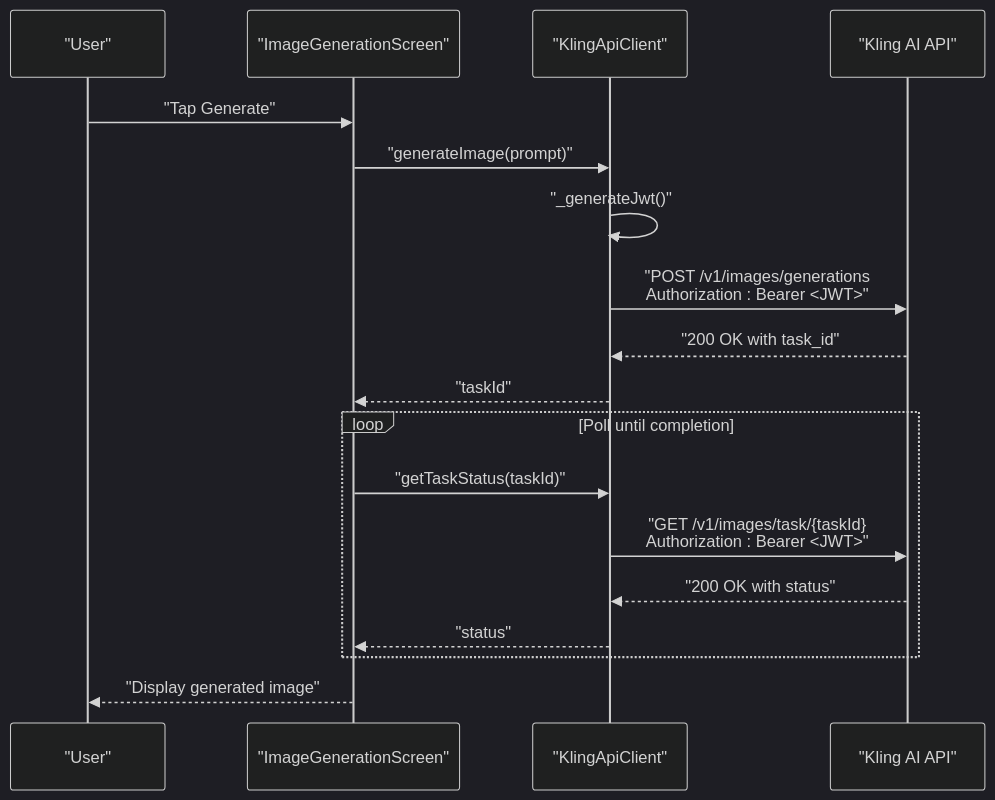
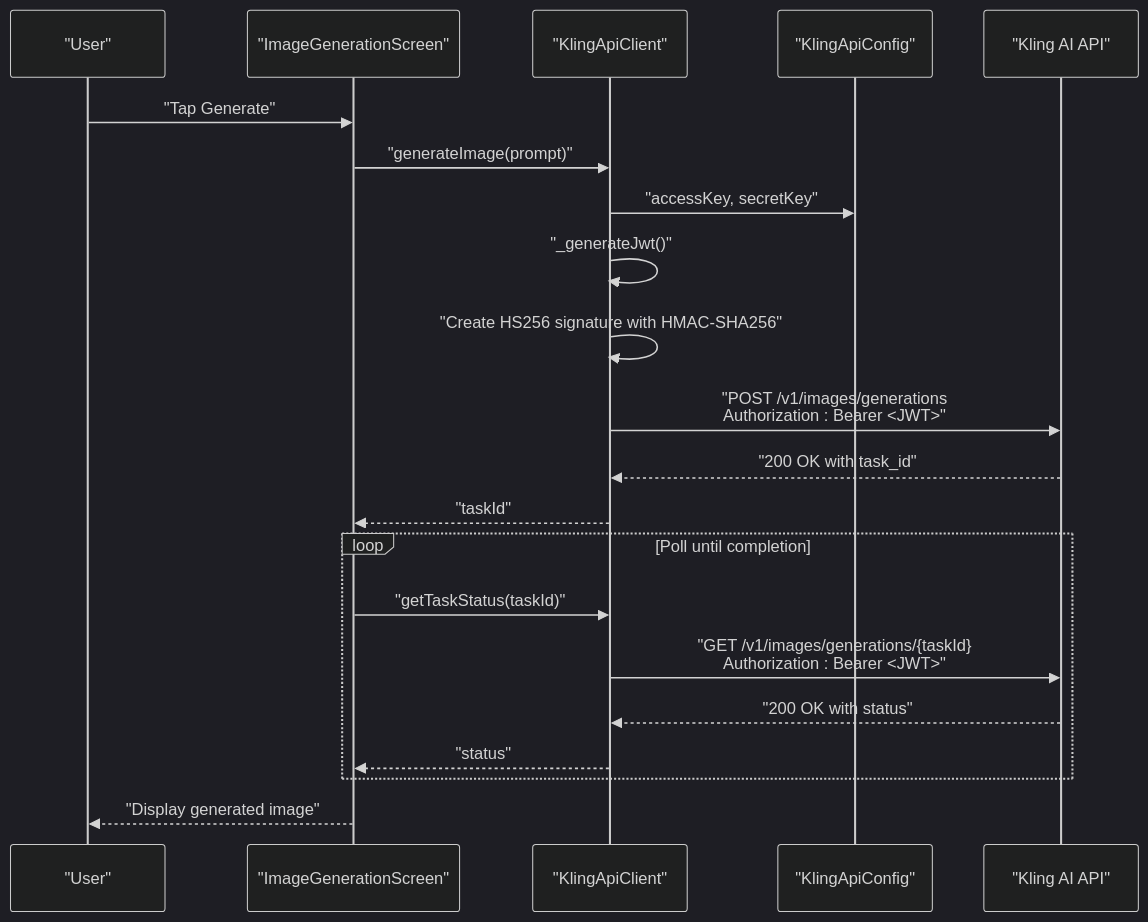
Before and after one commit to cripnail/kling_app: the second of 6 diagrams in .qoder/repowiki/en/content/Core Features/Authentication System.md, drawn with Mermaid (dark theme). The commit also changed other lines of this file and 15 other files, not shown here.

````diff
--- a/.qoder/repowiki/en/content/Core Features/Authentication System.md
+++ b/.qoder/repowiki/en/content/Core Features/Authentication System.md
@@ -72,20 +89,23 @@
 ```mermaid
 sequenceDiagram
 participant User as "User"
 participant Screen as "ImageGenerationScreen"
 participant Client as "KlingApiClient"
+participant Config as "KlingApiConfig"
 participant API as "Kling AI API"
 User->>Screen : "Tap Generate"
 Screen->>Client : "generateImage(prompt)"
+Client->>Config : "accessKey, secretKey"
 Client->>Client : "_generateJwt()"
+Client->>Client : "Create HS256 signature with HMAC-SHA256"
 Client->>API : "POST /v1/images/generations<br/>Authorization : Bearer <JWT>"
 API-->>Client : "200 OK with task_id"
 Client-->>Screen : "taskId"
 loop Poll until completion
 Screen->>Client : "getTaskStatus(taskId)"
-Client->>API : "GET /v1/images/task/{taskId}<br/>Authorization : Bearer <JWT>"
+Client->>API : "GET /v1/images/generations/{taskId}<br/>Authorization : Bearer <JWT>"
 API-->>Client : "200 OK with status"
 Client-->>Screen : "status"
 end
 Screen-->>User : "Display generated image"
 ```
````
